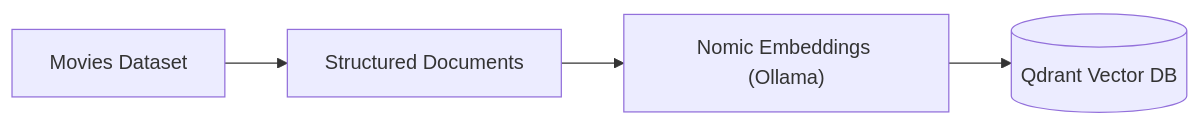
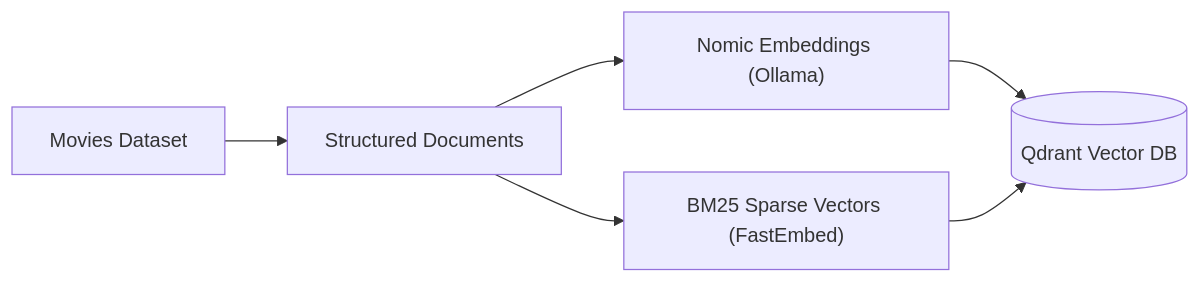
One commit to tanguy-a-dev/movies-rag changed the first of 2 diagrams in README.md. Above: the diagram before and after it, drawn with Mermaid. The commit also changed other lines of this file and 11 other files, not shown here.

````diff
--- a/README.md
+++ b/README.md
@@ -34,8 +34,10 @@
 ```mermaid
 flowchart LR
 
 Movies[Movies Dataset] --> StructDocs[Structured Documents]
 
 StructDocs --> NomicEmbed["Nomic Embeddings (Ollama)"]
+StructDocs --> BM25["BM25 Sparse Vectors (FastEmbed)"]
 NomicEmbed --> Qdrant[(Qdrant Vector DB)]
+BM25 --> Qdrant
 ```
````
